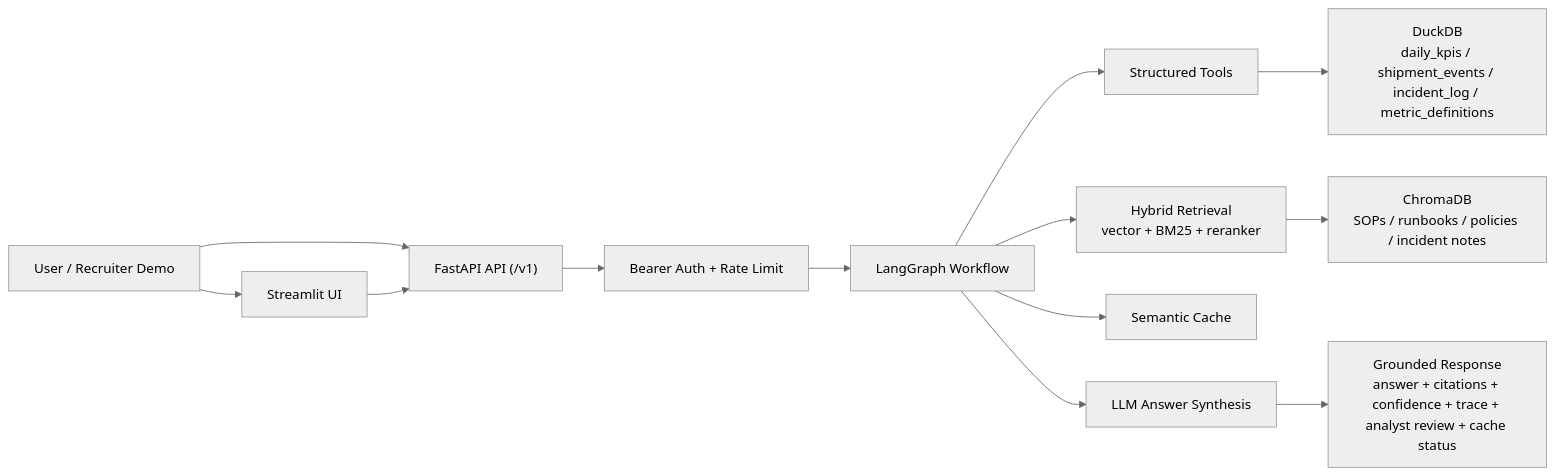
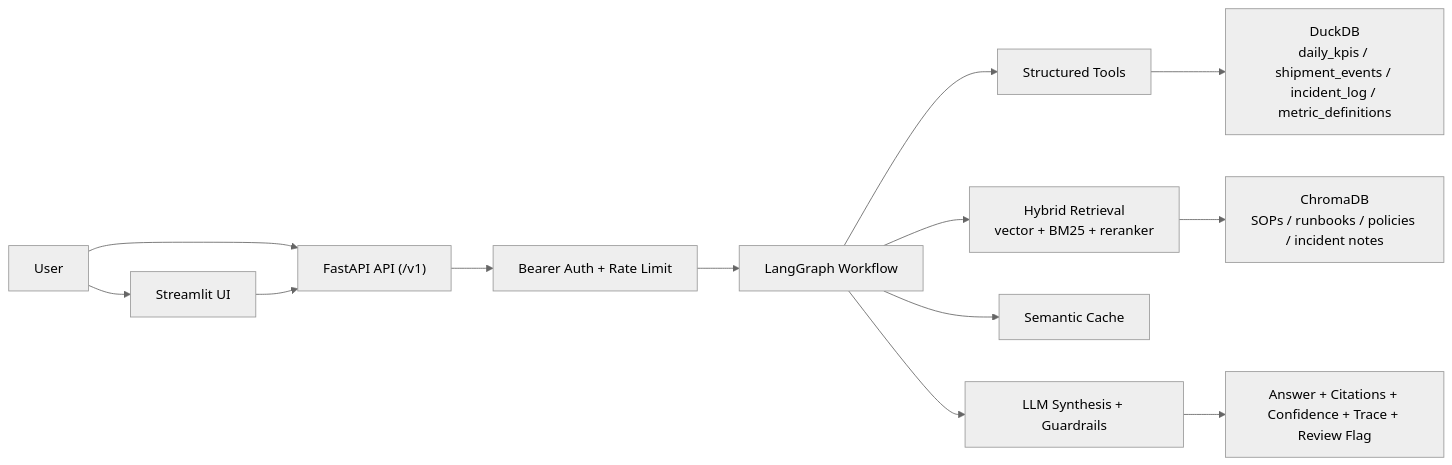
One commit to nidhi1603/agentic-analytics-copilot changed the diagram in README.md. Above: the diagram before and after it, drawn with Mermaid (neutral theme). The commit also changed other lines of this file, not shown here.

````diff
--- a/README.md
+++ b/README.md
@@ -72,15 +90,15 @@
 ```mermaid
 flowchart LR
-    U["User / Recruiter Demo"] --> S["Streamlit UI"]
+    U["User"] --> S["Streamlit UI"]
     U --> A["FastAPI API (/v1)"]
     S --> A
     A --> AU["Bearer Auth + Rate Limit"]
     AU --> G["LangGraph Workflow"]
     G --> T["Structured Tools"]
     G --> R["Hybrid Retrieval<br/>vector + BM25 + reranker"]
     T --> D["DuckDB<br/>daily_kpis / shipment_events / incident_log / metric_definitions"]
     R --> C["ChromaDB<br/>SOPs / runbooks / policies / incident notes"]
     G --> K["Semantic Cache"]
-    G --> L["LLM Answer Synthesis"]
-    L --> O["Grounded Response<br/>answer + citations + confidence + trace + analyst review + cache status"]
+    G --> L["LLM Synthesis + Guardrails"]
+    L --> O["Answer + Citations + Confidence + Trace + Review Flag"]
 ```
````
